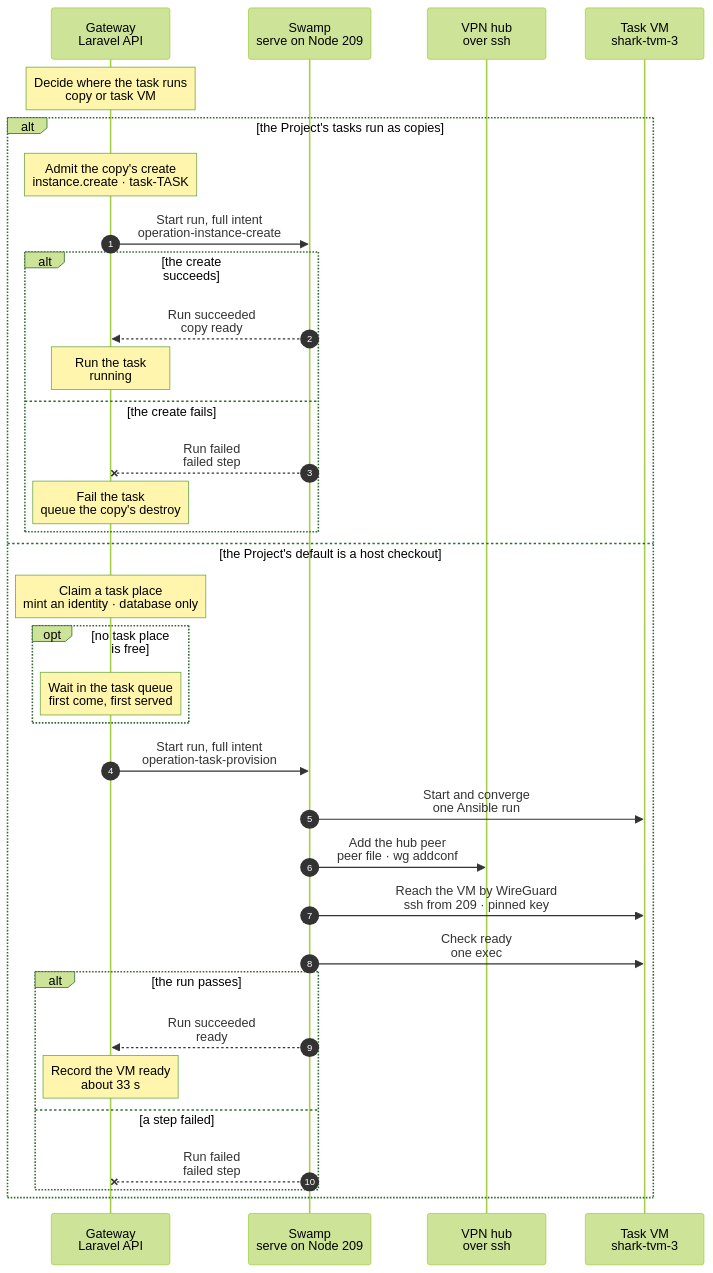
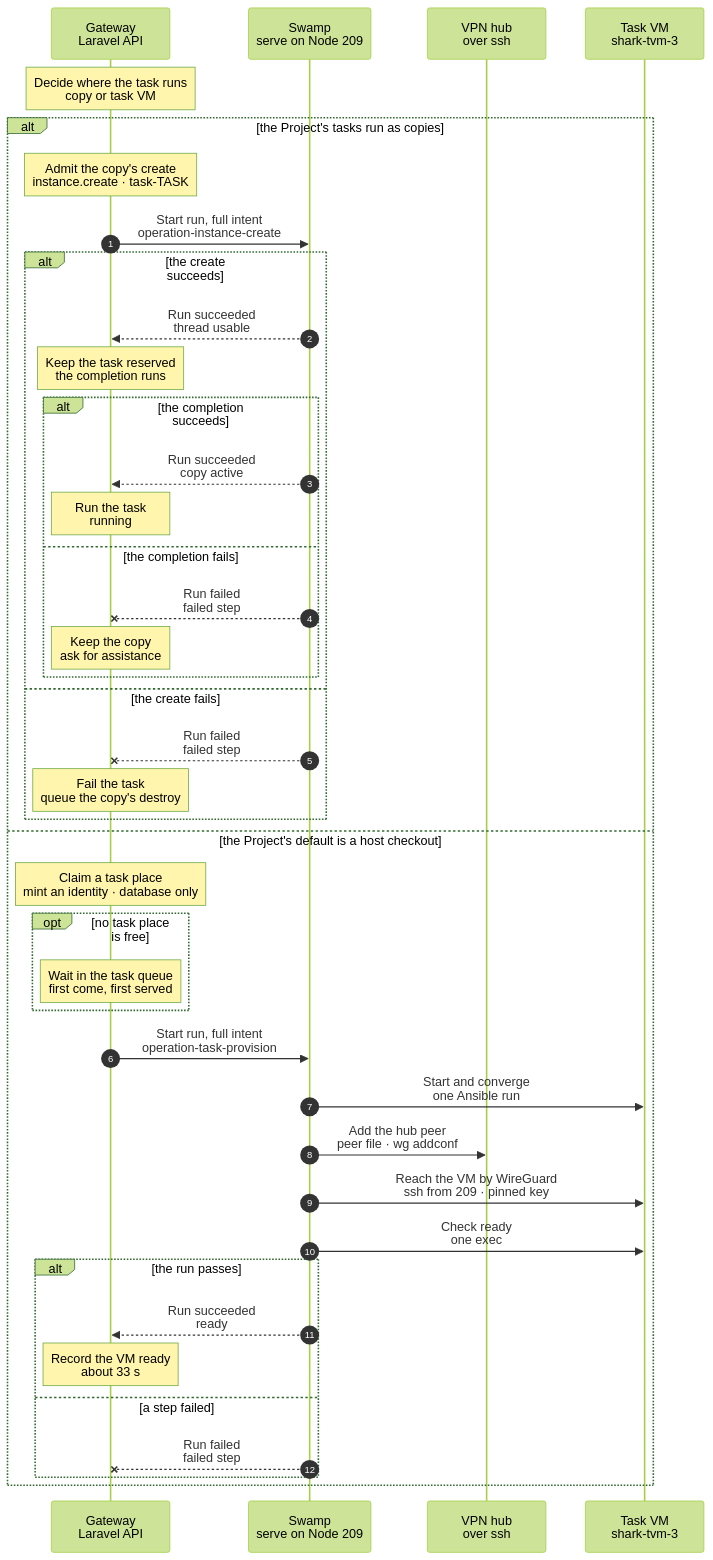
Before and after one commit to hardimpactdev/orbit: the diagram in docs/cli/task/start.mmd, drawn with Mermaid (forest theme). The commit also changed 11 other files, not shown here.

Commit message:
docs(tasks): keep a task copy whose completion failed

```diff
--- a/docs/cli/task/start.mmd
+++ b/docs/cli/task/start.mmd
@@ -1,112 +1,133 @@
 sequenceDiagram
   %% Target design (agreed with Nick, 2026-11-07): a task start copies the host's base VM snapshot and gives the copy a fresh identity. There are no fixed VM identities: a place is only room under the host's capacity (`task_places`), and the VM is named `<host>-tvm-<n>` by its place number.
   %% Orchestrator 2026-11-13: a task of a nested-fleet Project starts as a copy of its default Instance instead: a clone `task-<id>` that the task owns. Task VMs stay off in the live fleet.
   %% Nick 2026-11-14: every Project whose default Instance is a container gets task groups as copies too; a plain clone, with no inner fleet.
   %% status: draft
   %% command: task:start
   %% kind: tasks.provision
   autonumber
   %% lane GW icon=gateway pill=intent tone=blue
   %% lane SW icon=workflow pill=executes tone=green
   %% lane HUB icon=server pill=target tone=purple
   %% lane VM icon=server pill=task VM tone=purple
   participant GW as Gateway<br/>Laravel API
   participant SW as Swamp<br/>serve on Node 209
   participant HUB as VPN hub<br/>over ssh
   participant VM as Task VM<br/>shark-tvm-3
   Note over GW: Decide where the task runs<br/>copy or task VM
   %%> What it does:
   %%> - `InstancePlacement::taskRuntime` decides once: a Project with `nested_fleet` on, or whose default Instance is a container, starts the task as a copy of that default; a Project whose default is a host checkout takes a task VM
   %%> - no other step decides it; later steps follow the group's own workspace, and the task VM steps still refuse only a nested-fleet Project
   alt the Project's tasks run as copies
     Note over GW: Admit the copy's create<br/>instance.create · task-TASK
     %%> Requirements:
     %%> - the task is in todo and holds no workspace; otherwise `tasks.not_todo` or `tasks.group_closed`
     %%> - the Project's default Instance is active and running, with a seed snapshot; otherwise HTTP 409 `tasks.copy_source_unavailable`, also for a stopped default, and nothing is recorded
     %%> - before the transaction, one bounded read of the default's container (at most about 6 s) confirms it runs: its power record can be stale after a stop by hand; a stopped, asleep or unreachable container refuses the same way
     %%> - no Instance is named `task-TASK` yet; otherwise `tasks.copy_name_taken`
     %%> - for a nested-fleet Project only: the default's Node holds fewer nested-fleet task copies than the Gateway's `ORBIT_TASKS_COPIES_MAX` (default 1); every nested copy that a task owns counts, also one that fails or is being destroyed; otherwise `tasks.copy_capacity_full`, with no wait. A copy of any other Project is a plain clone: it neither counts nor waits
     %%> - before the transaction, one bounded read of the Node's ID ranges (at most about 4 s): root's subordinate range and every container's ID map, stopped ones too; an unreadable Node refuses, `tasks.copy_id_ranges_unreadable`
     %%> - with the copy placed as Incus places ranges, a free isolated ID range stays for the next seed of every default on the Node; a container that an open create admitted counts as held; otherwise `tasks.copy_id_range_full`, with no wait, also for a plain clone
     %%> What it does:
     %%> - one transaction: the clone `task-TASK` on branch `task-TASK`, owned by the task and bound to it, the task `reserved`, and the `instance.create` Operation that `task:start` returns and follows
     %%> - Swamp starts the run only after that commit: a Gateway that stops before it leaves no record and no run
     %%> Result:
     %%> - the create runs as every clone's does: the copy of the default's seed, its own database, Route and Processes, its inner fleet when the Project has one, its T3 server registered with Conn (the container create chart)
     %%> - the copy's agent gets the fixed task model key, as every clone does: it is not per task
     GW->>SW: Start run, full intent<br/>operation-instance-create
     alt the create succeeds
-      SW-->>GW: Run succeeded<br/>copy ready
-      Note over GW: Run the task<br/>running
-      %%> When:
-      %%> - the create succeeded and the copy is `active`: fully set up, a nested copy with its healthy fleet; until then the task stays `reserved`
+      SW-->>GW: Run succeeded<br/>thread usable
+      Note over GW: Keep the task reserved<br/>the completion runs
+      %%> What it does:
+      %%> - a succeeded create means the copy's thread is usable: its T3 server is registered; the copy stays `source_resolved` and its `instance.complete` sets up the database, the Processes and a nested copy's inner fleet
+      %%> - while the completion runs, a turn answers `tasks.copy_not_ready`
+      alt the completion succeeds
+        SW-->>GW: Run succeeded<br/>copy active
+        Note over GW: Run the task<br/>running
+        %%> When:
+        %%> - the completion succeeded and the copy is `active`: fully set up, a nested copy with its healthy fleet
+        %%> - after a retried completion, the task also drops the assistance that the failed completion recorded, and only that request
+      else the completion fails
+        SW--xGW: Run failed<br/>failed step
+        Note over GW: Keep the copy<br/>ask for assistance
+        %%> On failure:
+        %%> - every end of the completion but success and an expired run budget counts: a failed run, a completion the create could not admit, a cancel
+        %%> - an agent may already have worked in the copy, so Orbit removes nothing: no destroy is queued
+        %%> - the task stays `reserved` and keeps its copy; `task:cancel` still works, with its read of the copy's work
+        %%> - the task records a failure assistance request, unless a direction request is open: it names the completion Operation, its failed step, its error code and the retry `orbit instance:complete ID`; `task:show` and `task:status` show it
+        %%> - a turn, a check and a publish of the task answer HTTP 409 `tasks.copy_completion_failed`, with `operation_id`, `failed_step`, `error_code` and `retry` in the details: the copy's Processes and inner fleet did not start, and a retry may run at the same time
+        %%> - `task:start` keeps refusing the reserved task; the retry is `orbit instance:complete ID`, and while it runs a turn answers `tasks.copy_not_ready`
+        %%> - an expired budget changes nothing: the run may still be stopping, so the task stays `reserved` with its copy
+      end
     else the create fails
       SW--xGW: Run failed<br/>failed step
       Note over GW: Fail the task<br/>queue the copy's destroy
       %%> On failure:
       %%> - every end of the create counts: a failed run, a start that Swamp refuses, a cancel before the run starts, an expired run budget
-      %%> - the task is `failed` and still owns the copy; a queued job admits `instance:destroy` of the copy with force
+      %%> - the task is `failed` and still owns the copy; a queued job removes the copy with `instance:destroy` with force
+      %%> - the job destroys at once only when the records prove that no agent could have worked in the copy: the create did not succeed and no T3 server is registered for it
+      %%> - otherwise it first reads the copy's work as `task:cancel` does and destroys only a clean copy; a copy with work origin lacks, or a read that does not answer, stays, and the task records a failure assistance request with the counts
       %%> - an expired budget changes nothing: the run may still be stopping, so the task stays `reserved` with its copy
       %%> - while the task keeps the copy, `task:cancel` admits its destroy, and `orbit instance:destroy ID --yes --force` does too
     end
   else the Project's default is a host checkout
     Note over GW: Claim a task place<br/>mint an identity · database only
     %%> Started by:
     %%> - `task:start` for a todo group, from proof CI or feature work
     %%> Result:
     %%> - the claim itself refuses a Project with `nested_fleet` on with `operation.kind_unavailable` (503), for the other kinds that claim a place, such as `tasks.prep`: no place, identity, workspace, wait or Operation is recorded; a waiting Operation that reaches the claim fails with the same code
     %%> - a group of any Project but the proof Project is refused at once with `task_vm.project_unsupported`: the base carries only the proof Project's checkout, so no free place can serve it, and it never joins the wait queue
     %%> - a task place in the separate task pool; a full pool waits up to two hours without an identity or workspace
     %%> - the lowest free place number under the capacity of the host with the most room: `shark-tvm-3`
     %%> - a fresh identity: the Node record with its `app-dev` role, a WireGuard key pair, the agent secret and an SSH host key, pinned on the Node from the start so nothing is read back
     %%> - the claim's Pi token and Pi models file in the vault; the file holds the model router guard origin and the one fixed model key, the same for every VM
     opt no task place is free
       Note over GW: Wait in the task queue<br/>first come, first served
       %%> What it does:
       %%> - records the Operation as `waiting`, with the caller's request as its input; no VM, identity or workspace yet
       %%> - retries the claim every 20 s, in queue order, for up to two hours; then fails with `tasks.capacity_timeout`
       %%> Returns:
       %%> - `operation:show` gives the input, `poll_after_seconds` 20 and `capacity_wait`: the queue position and the groups that hold the task places, each with its status and last activity
       %%> - `task:show` gives the same `capacity_wait` on the group; `task:status` gives the places of every host and the whole queue
       %%> Next:
       %%> - a place frees when a holder publishes, ends or is cancelled; the claim then runs as above
     end
     GW->>SW: Start run, full intent<br/>operation-task-provision
     SW->>VM: Start and converge<br/>one Ansible run
     %%> What it does:
     %%> - one `ansible-playbook` run with two parts, and no second start: the host part runs on the task VM host over ssh, then the converge runs on the VM over WireGuard
     %%> - host part: `incus copy` of the base VM's recorded snapshot and a clone of its seed snapshot (ZFS clones); an identity volume of the VM with the identity and the claim (the Pi token and the Pi models file), pushed from the vault on stdin; then `incus start`. It waits for nothing in the guest
     %%> - Pi calls the guard with the fixed key from the VM's own WireGuard address; the start makes no model router call and registers no key
     %%> - at boot, the base's `orbit-identity` unit applies the identity volume before sshd, WireGuard and the agent start, then unmounts it; sshd answers over WireGuard about 12 s after the start (measured 2026-11-07)
     %%> - the containers start by themselves (`boot.autostart`) and already hold the proof Swamp Club key of the base
     %%> - converge part: the same Ansible converge as the release refresh, with the address and host key of the admission; it waits up to 300 s for a successful SSH connection over WireGuard, polling every second, then waits for cloud-init; a fast boot continues at once
     %%> - the glue is one write of the intent and the step that builds the playbook input and starts Ansible; nothing is read from the host
     %%> - with no delta every part is skipped, each phase as one skipped task (a dynamic include), and it catches up a small delta when main moved since the last release
     %%> - the nested Gateway's services restart only when `apps/gateway` changed since the base, and its agent delivery manifest is placed only when the pinned agent build changed; a commit that changes neither does neither
     %%> - the containers' `base` snapshots belong to the refresh: a task start never retakes them
     %%> - then the new task branch on the checkout; it waits for no nested service
     SW->>HUB: Add the hub peer<br/>peer file · wg addconf
     %%> Runs beside the step before it: Swamp starts both at once.
     %%> What it does:
     %%> - the VM's public key and address on the WireGuard hub, while the VM boots; the converge part waits for the connection, and the readiness steps below wait for this step
     SW->>VM: Reach the VM by WireGuard<br/>ssh from 209 · pinned key
     %%> What it does:
     %%> - the path every later step takes (sync, check, turn, script): ssh from a Swamp worker to the VM's WireGuard address with its pinned host key
     %%> - runs beside the readiness read
     SW->>VM: Check ready<br/>one exec
     %%> What it does:
     %%> - what a task needs: the agent, Pi, the tunnel and the three containers running; Swamp's `assert` decides
     %%> - the tunnel counts as up once WireGuard has a handshake with the hub; the hub answers no ping from a task VM
     alt the run passes
       SW-->>GW: Run succeeded<br/>ready
       Note over GW: Record the VM ready<br/>about 33 s
       %%> Measured 2026-11-07, three starts on a current base: 32-34 s from admission to ready, above the earlier target of 10-15 s:
       %%> - Swamp writes the intent 1 s; the Ansible run 28 s: its own start 2 s, host part 8 s, wait for sshd 12 s, converge 6 s; the playbook input is removed 2 s; readiness 2 s
       %%> - what is left to cut: the wait for sshd (VM boot) and the host part (about 14 `incus` calls for the identity)
       %%> - one start with a commit three commits past the base, with a changed migration, took 45 s: the nested Gateway's migrate 7 s and restart 1 s, and the rest in the checkout and the delta's work
     else a step failed
       SW--xGW: Run failed<br/>failed step
       %%> On failure:
       %%> - the release runs: the VM, its seed clone, its identity volume, the hub peer, the keys and the Node record go, and the place is free
     end
   end
```
